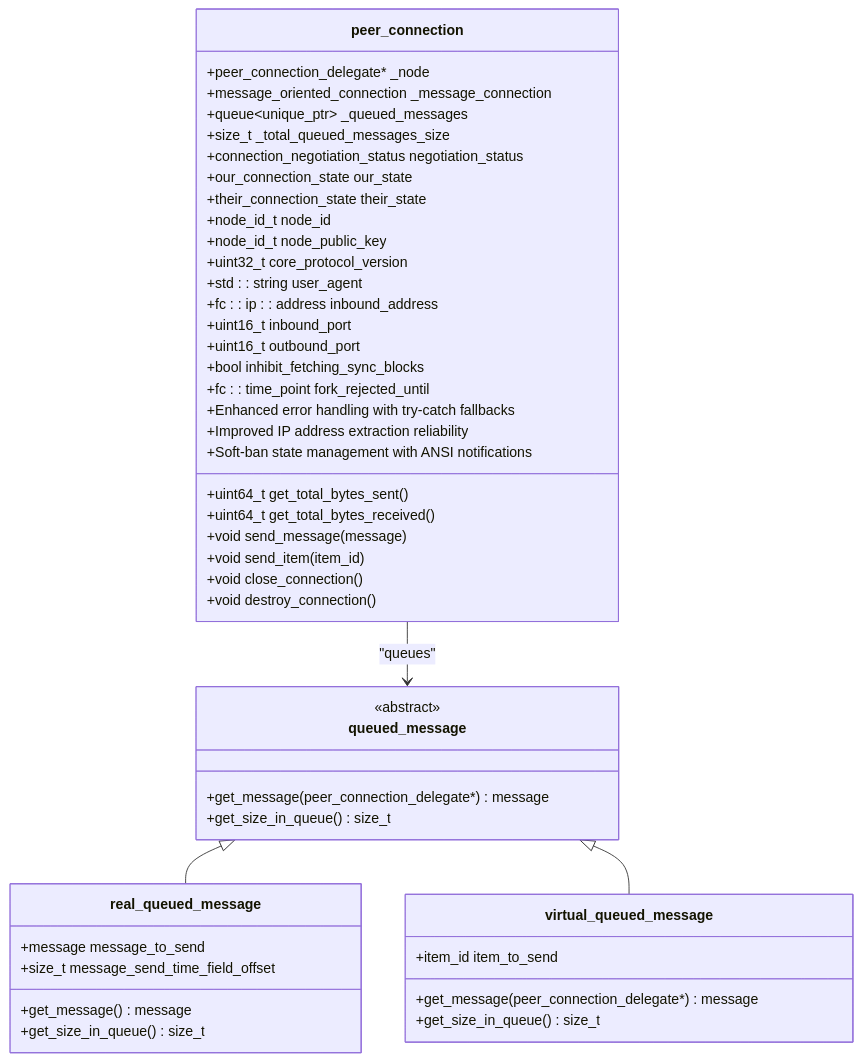
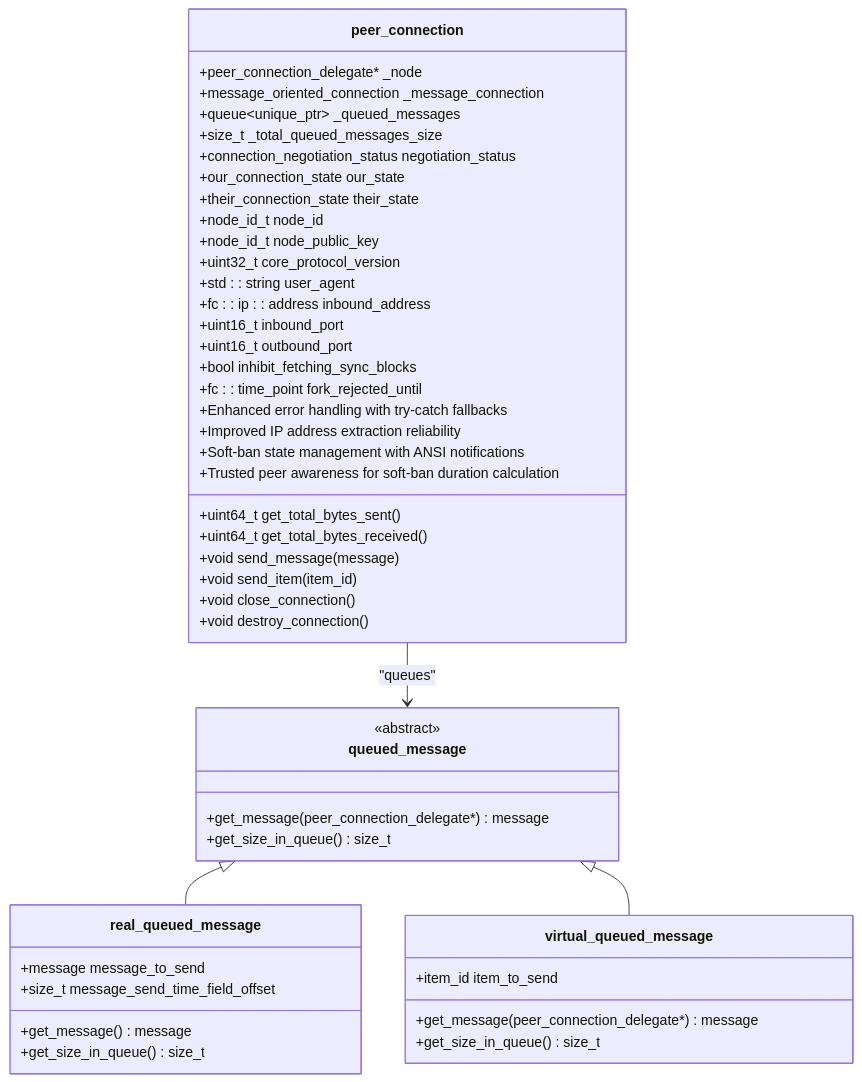
Before and after one commit to VIZ-Blockchain/viz-cpp-node: the third of 12 diagrams in .qoder/repowiki/en/content/Architecture Overview/Core Libraries/Network Library/Peer Connection Management.md, drawn with Mermaid. The commit also changed other lines of this file and 5 other files, not shown here.

````diff
--- a/.qoder/repowiki/en/content/Architecture Overview/Core Libraries/Network Library/Peer Connection Management.md
+++ b/.qoder/repowiki/en/content/Architecture Overview/Core Libraries/Network Library/Peer Connection Management.md
@@ -202,49 +240,50 @@
 ```mermaid
 classDiagram
 class peer_connection {
 +peer_connection_delegate* _node
 +message_oriented_connection _message_connection
 +queue~unique_ptr~ _queued_messages
 +size_t _total_queued_messages_size
 +connection_negotiation_status negotiation_status
 +our_connection_state our_state
 +their_connection_state their_state
 +node_id_t node_id
 +node_id_t node_public_key
 +uint32_t core_protocol_version
 +std : : string user_agent
 +fc : : ip : : address inbound_address
 +uint16_t inbound_port
 +uint16_t outbound_port
 +bool inhibit_fetching_sync_blocks
 +fc : : time_point fork_rejected_until
 +uint64_t get_total_bytes_sent()
 +uint64_t get_total_bytes_received()
 +void send_message(message)
 +void send_item(item_id)
 +void close_connection()
 +void destroy_connection()
 +Enhanced error handling with try-catch fallbacks
 +Improved IP address extraction reliability
 +Soft-ban state management with ANSI notifications
++Trusted peer awareness for soft-ban duration calculation
 }
 class queued_message {
 <<abstract>>
 +get_message(peer_connection_delegate*) message
 +get_size_in_queue() size_t
 }
 class real_queued_message {
 +message message_to_send
 +size_t message_send_time_field_offset
 +get_message() message
 +get_size_in_queue() size_t
 }
 class virtual_queued_message {
 +item_id item_to_send
 +get_message(peer_connection_delegate*) message
 +get_size_in_queue() size_t
 }
 peer_connection --> queued_message : "queues"
 queued_message <|-- real_queued_message
 queued_message <|-- virtual_queued_message
 ```
````
